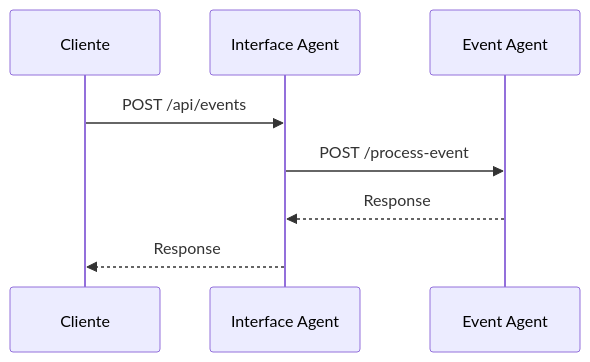
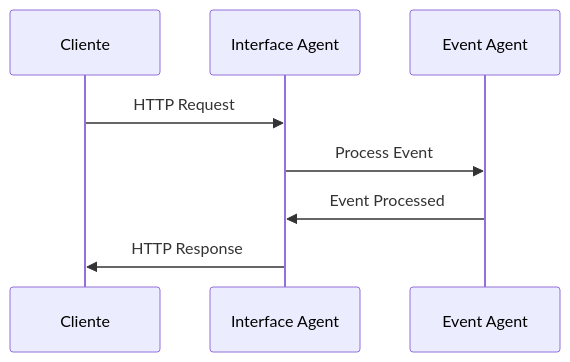
Before and after one commit to leandroclf/agentesautonomos: the fourth of 7 diagrams in docs/ARCHITECTURE.md, drawn with Mermaid. The commit also changed other lines of this file and 42 other files, not shown here.

````diff
--- a/docs/ARCHITECTURE.md
+++ b/docs/ARCHITECTURE.md
@@ -199,11 +255,11 @@
 ```mermaid
 sequenceDiagram
     participant C as Cliente
     participant IA as Interface Agent
     participant EA as Event Agent
     
-    C->>IA: POST /api/events
-    IA->>EA: POST /process-event
-    EA-->>IA: Response
-    IA-->>C: Response
+    C->>IA: HTTP Request
+    IA->>EA: Process Event
+    EA->>IA: Event Processed
+    IA->>C: HTTP Response
 ```
````
